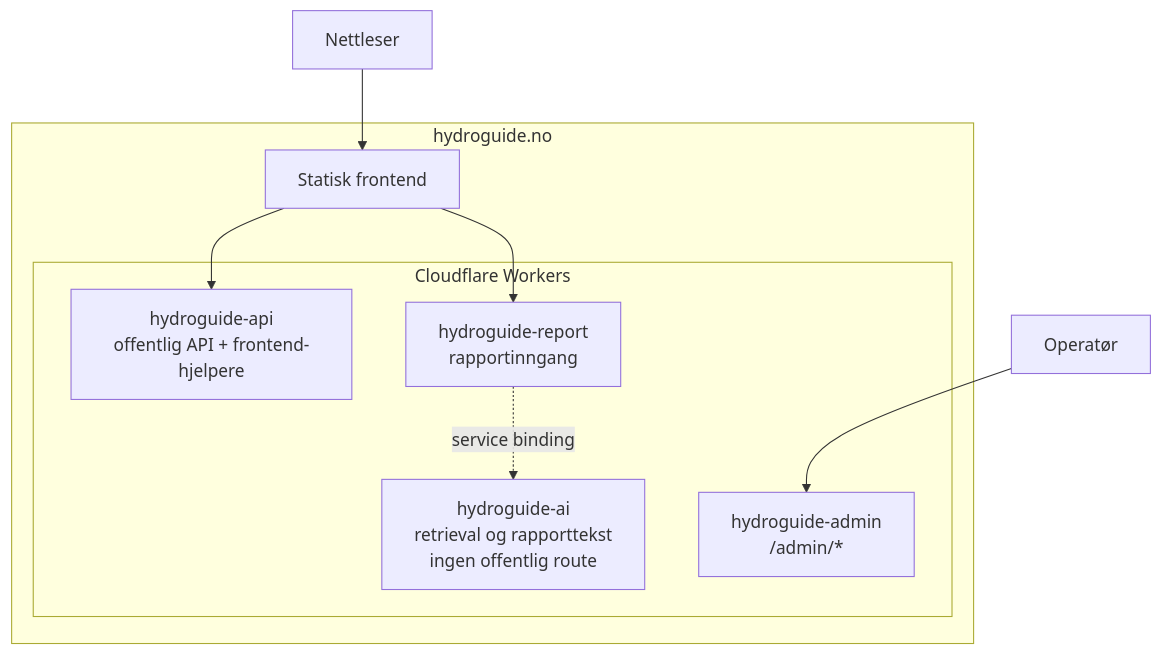
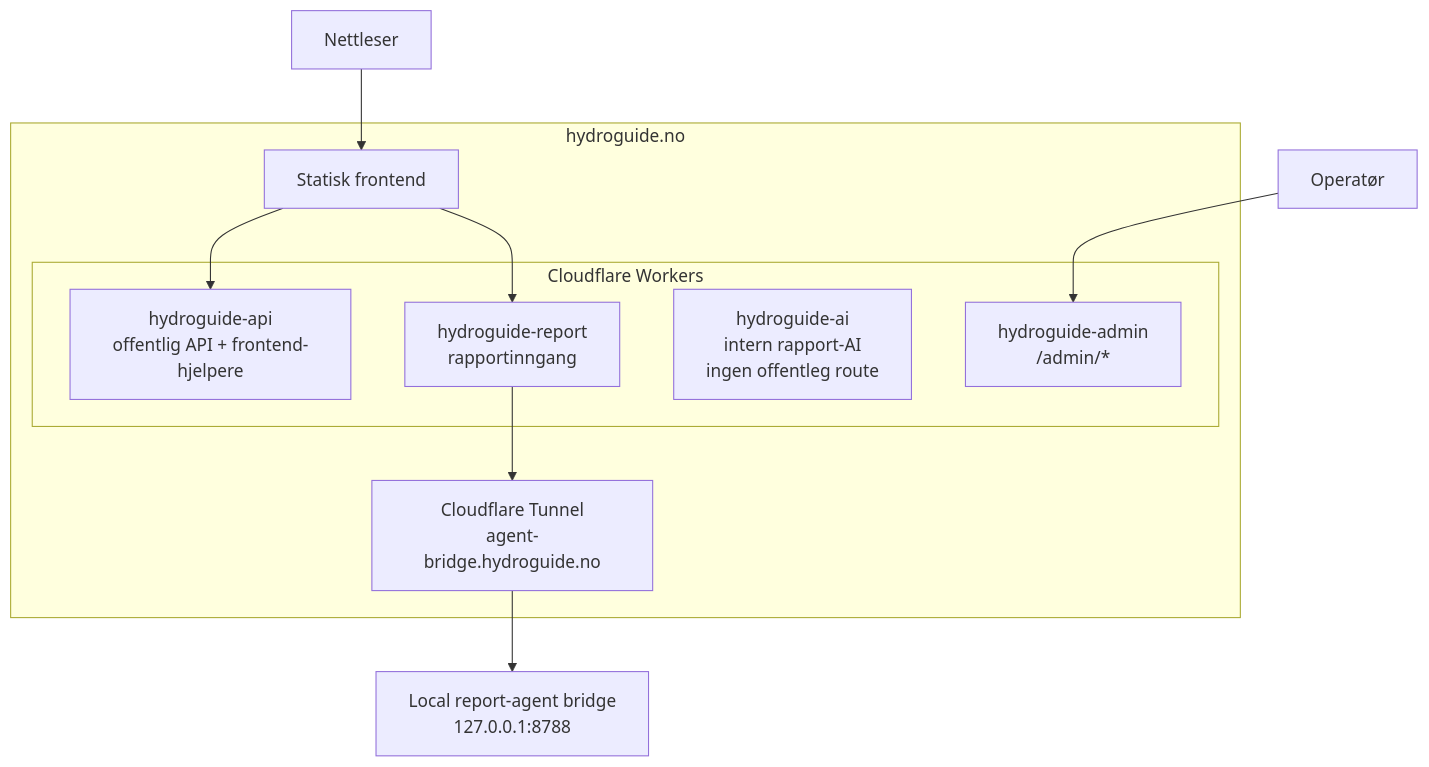
Before and after one commit to nikolsen1234-bit/hydroguide: the first of 3 diagrams in docs/cloudflare-dokumentasjon.md, drawn with Mermaid. The commit also changed other lines of this file and 171 other files, not shown here.

First line of the commit message:
Migrate report flow to local bridge and clean working state

````diff
--- a/docs/cloudflare-dokumentasjon.md
+++ b/docs/cloudflare-dokumentasjon.md
@@ -9,23 +9,28 @@
 ```mermaid
 flowchart TB
     nettleser[Nettleser]
     operator[Operatør]
 
     subgraph cf[hydroguide.no]
         spa[Statisk frontend]
 
         subgraph workers[Cloudflare Workers]
             api[hydroguide-api<br/>offentlig API + frontend-hjelpere]
             report[hydroguide-report<br/>rapportinngang]
-            ai[hydroguide-ai<br/>retrieval og rapporttekst<br/>ingen offentlig route]
+            ai[hydroguide-ai<br/>intern rapport-AI<br/>ingen offentleg route]
             admin[hydroguide-admin<br/>/admin/*]
         end
+
+        tunnel[Cloudflare Tunnel<br/>agent-bridge.hydroguide.no]
     end
+
+    bridge[Local report-agent bridge<br/>127.0.0.1:8788]
 
     nettleser --> spa
     spa --> api
     spa --> report
     operator --> admin
 
-    report -.service binding.-> ai
+    report --> tunnel
+    tunnel --> bridge
 ```
````
